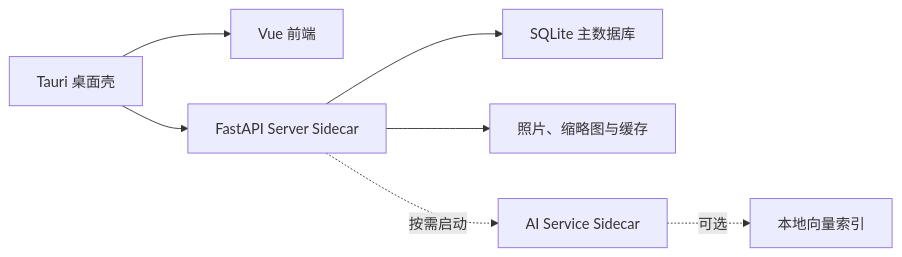
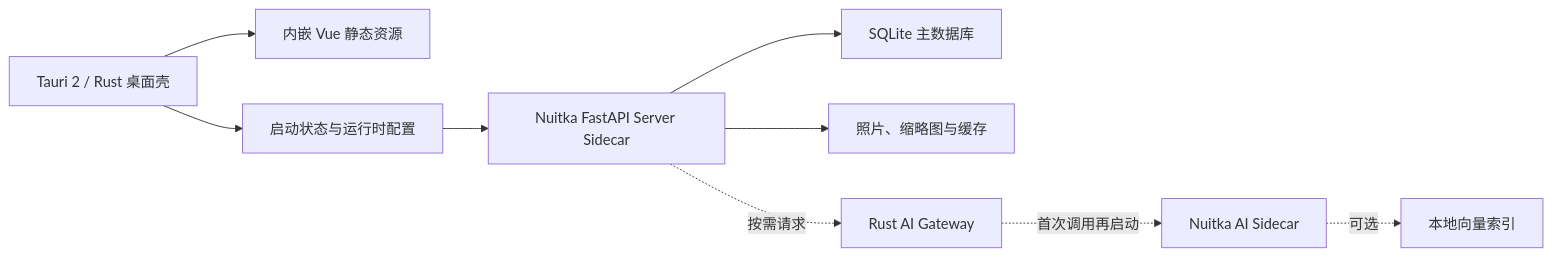
One commit to LC044/TrailSnap changed the first of 2 diagrams in doc/desktop_packaging_technical_route.md. Above: the diagram before and after it, drawn with Mermaid. The commit also changed other lines of this file and 34 other files, not shown here.

Commit message:
feat(desktop): migrate packaging to Tauri 2 and Nuitka

````diff
--- a/doc/desktop_packaging_technical_route.md
+++ b/doc/desktop_packaging_technical_route.md
@@ -70,9 +75,11 @@
 ```mermaid
 flowchart LR
-    Shell["Tauri 桌面壳"] --> UI["Vue 前端"]
-    Shell --> Server["FastAPI Server Sidecar"]
+    Shell["Tauri 2 / Rust 桌面壳"] --> UI["内嵌 Vue 静态资源"]
+    Shell --> Bootstrap["启动状态与运行时配置"]
+    Bootstrap --> Server["Nuitka FastAPI Server Sidecar"]
     Server --> DB["SQLite 主数据库"]
     Server --> Files["照片、缩略图与缓存"]
-    Server -.按需启动.-> AI["AI Service Sidecar"]
+    Server -.按需请求.-> Gateway["Rust AI Gateway"]
+    Gateway -.首次调用再启动.-> AI["Nuitka AI Sidecar"]
     AI -.可选.-> Vector["本地向量索引"]
 ```
````
